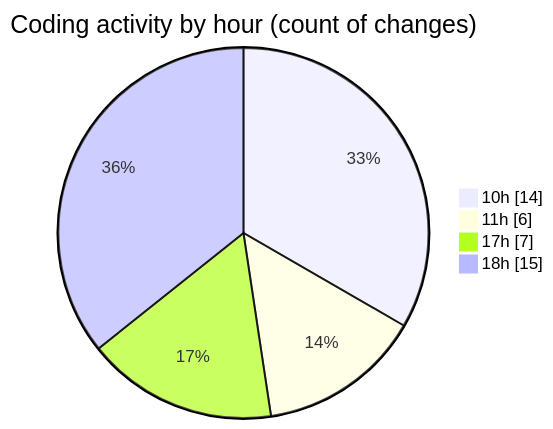
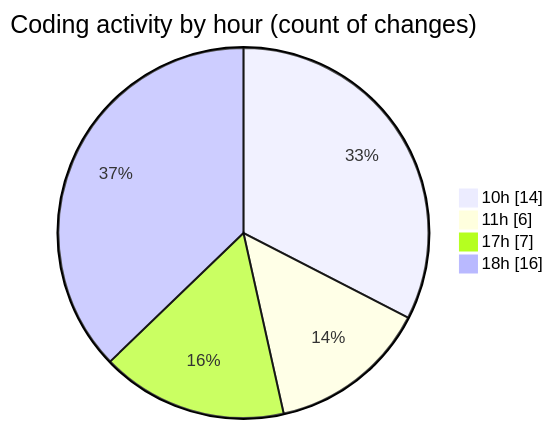
Before and after one commit to nxtqubesakshisongat/code-tracking: the second of 2 diagrams in 2026-05-03/nxtqube_webapp/README.md, drawn with Mermaid. The commit also changed other lines of this file and 1 other file, not shown here.

````diff
--- a/2026-05-03/nxtqube_webapp/README.md
+++ b/2026-05-03/nxtqube_webapp/README.md
@@ -34,8 +34,8 @@
 ```mermaid
 pie showData
 title Coding activity by hour (count of changes)
 "10h" : 14
 "11h" : 6
 "17h" : 7
-"18h" : 15
+"18h" : 16
 ```
````
